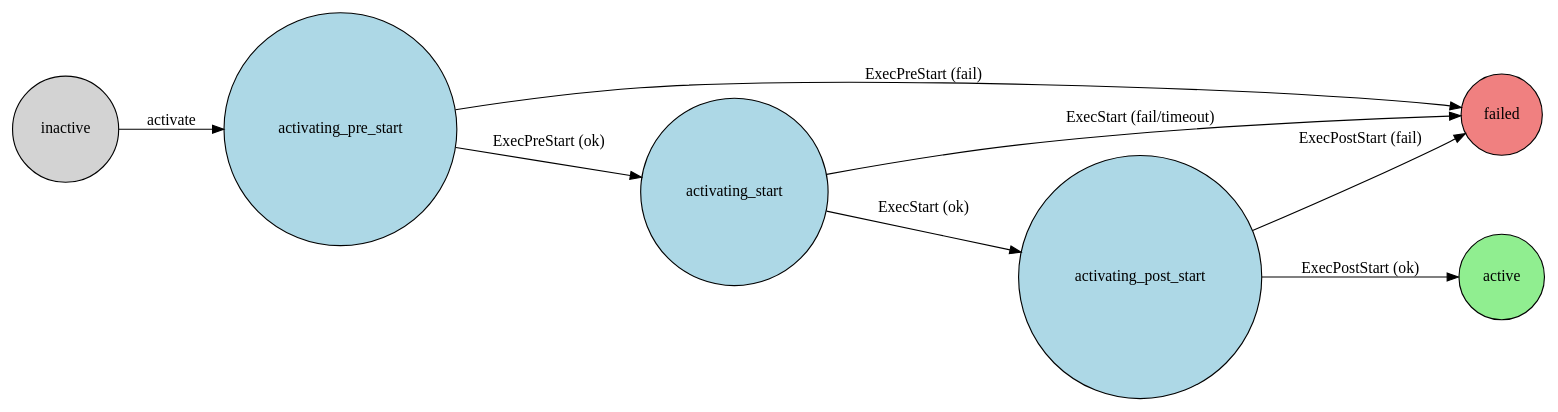
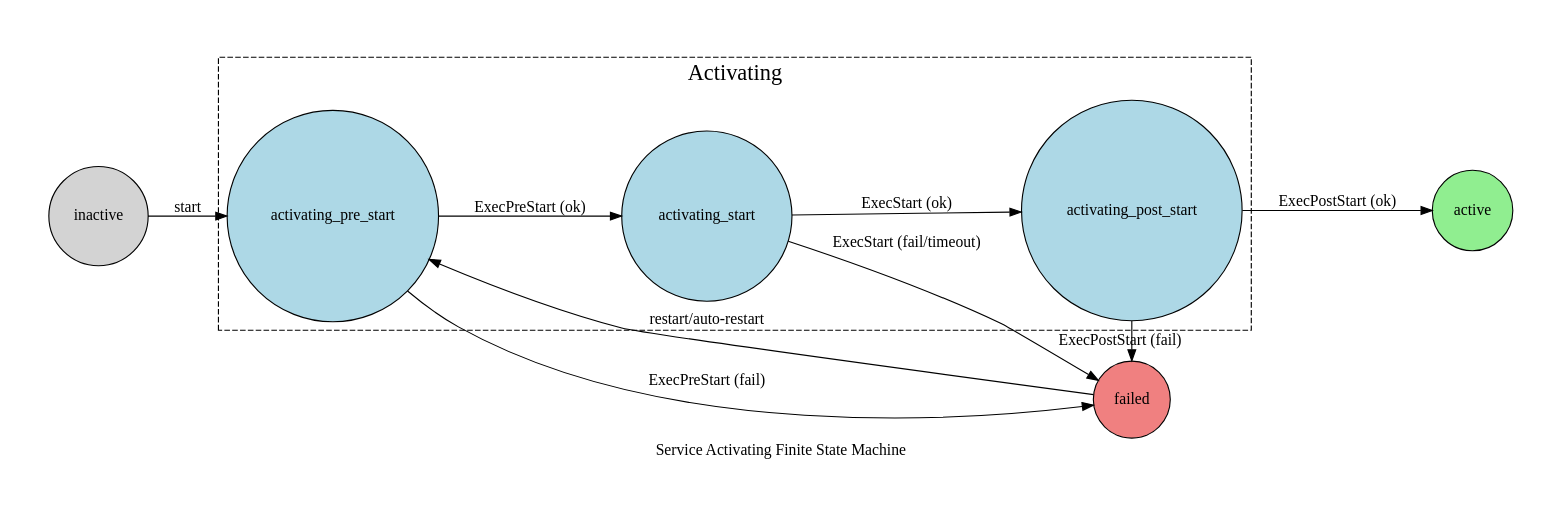
One commit to TheKhanj/ella changed the diagram in fsm/service-activating.dot. Above: the diagram before and after it, drawn with Graphviz. The commit also changed 1 other file, not shown here.

Commit message:
just sexy graphs 😍

```diff
--- a/fsm/service-activating.dot
+++ b/fsm/service-activating.dot
@@ -1,21 +1,33 @@
-digraph systemd_states {
+digraph service_states {
+	label="Service Activating Finite State Machine";
 	rankdir=LR;
-	node [shape=circle, style=filled, fillcolor=lightblue];
+	fontname="Ubuntu";
+	style=solid;
+	graph [pad="0.5"];
+	node [shape=circle, style=filled, fillcolor=lightblue, fontname="Ubuntu"];
 
 	// States
 	inactive               [label="inactive", fillcolor="lightgray"];
 	active                 [label="active", fillcolor="lightgreen"];
 	failed                 [label="failed", fillcolor="lightcoral"];
-	activating_pre_start   [label="activating_pre_start"];
-	activating_start       [label="activating_start"];
-	activating_post_start  [label="activating_post_start"];
+
+	subgraph cluster_activating {
+		label="Activating";
+		style=dashed;
+		fontsize=20;
+
+		activating_pre_start   [label="activating_pre_start"];
+		activating_start       [label="activating_start"];
+		activating_post_start  [label="activating_post_start"];
+	}
 
 	// Transitions
-	inactive              -> activating_pre_start  [label="activate"];
+	failed                -> activating_pre_start  [label="restart/auto-restart"];
+	inactive              -> activating_pre_start  [label="start"];
 	activating_pre_start  -> activating_start      [label="ExecPreStart (ok)"];
 	activating_pre_start  -> failed                [label="ExecPreStart (fail)"];
 	activating_start      -> activating_post_start [label="ExecStart (ok)"];
 	activating_start      -> failed                [label="ExecStart (fail/timeout)"];
 	activating_post_start -> active                [label="ExecPostStart (ok)"];
 	activating_post_start -> failed                [label="ExecPostStart (fail)"];
 }
```
